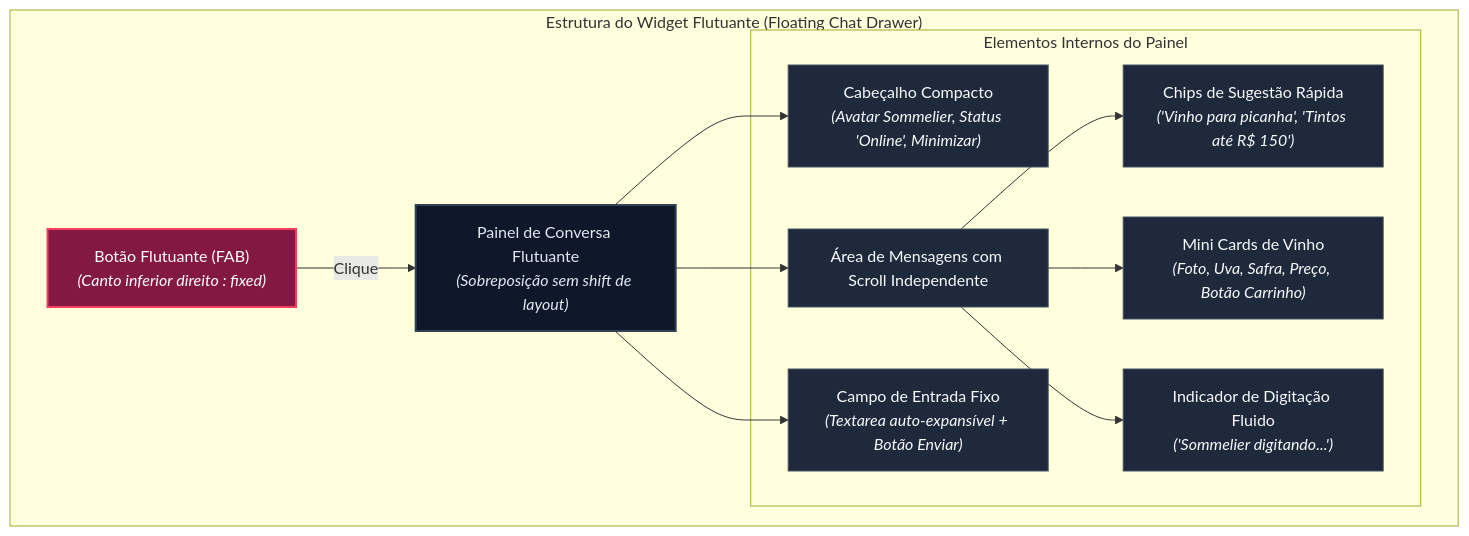
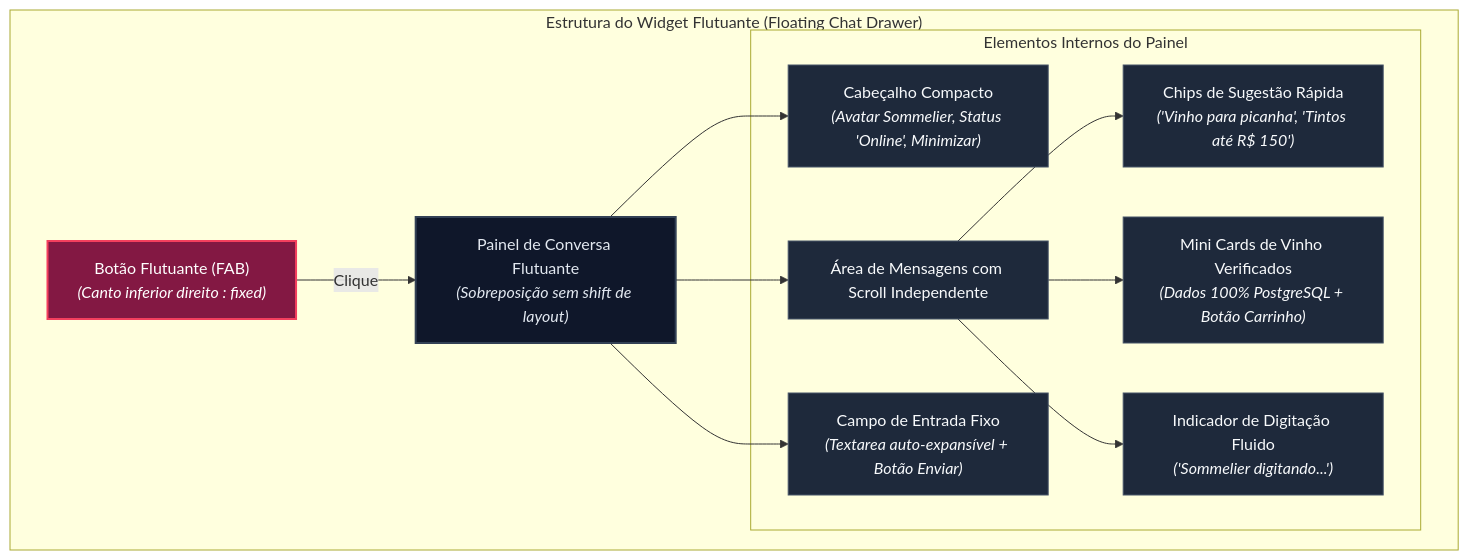
Before and after one commit to JoaoPrestes/origem-vinhos: the third of 4 diagrams in docs/specs/spec09-Chatbot_RAG.md, drawn with Mermaid. The commit also changed other lines of this file, not shown here.

````diff
--- a/docs/specs/spec09-Chatbot_RAG.md
+++ b/docs/specs/spec09-Chatbot_RAG.md
@@ -655,32 +678,32 @@
 ```mermaid
 flowchart TD
     subgraph UI_DRAWER["Estrutura do Widget Flutuante (Floating Chat Drawer)"]
         BTN["Botão Flutuante (FAB)<br><i>(Canto inferior direito : fixed)</i>"]
         DRAWER["Painel de Conversa Flutuante<br><i>(Sobreposição sem shift de layout)</i>"]
         
         subgraph INNER_DRAWER["Elementos Internos do Painel"]
             HDR["Cabeçalho Compacto<br><i>(Avatar Sommelier, Status 'Online', Minimizar)</i>"]
             BODY["Área de Mensagens com Scroll Independente"]
             CHIPS["Chips de Sugestão Rápida<br><i>('Vinho para picanha', 'Tintos até R$ 150')</i>"]
-            CARDS["Mini Cards de Vinho<br><i>(Foto, Uva, Safra, Preço, Botão Carrinho)</i>"]
+            CARDS["Mini Cards de Vinho Verificados<br><i>(Dados 100% PostgreSQL + Botão Carrinho)</i>"]
             TYPING["Indicador de Digitação Fluido<br><i>('Sommelier digitando...')</i>"]
             FOOTER["Campo de Entrada Fixo<br><i>(Textarea auto-expansível + Botão Enviar)</i>"]
         end
     end
 
     BTN -->|Clique| DRAWER
     DRAWER --> HDR
     DRAWER --> BODY
     BODY --> CHIPS
     BODY --> CARDS
     BODY --> TYPING
     DRAWER --> FOOTER
 
     classDef fab fill:#831843,stroke:#f43f5e,stroke-width:2px,color:#ffffff;
     classDef panel fill:#0f172a,stroke:#334155,stroke-width:2px,color:#e2e8f0;
     classDef element fill:#1e293b,stroke:#475569,stroke-width:1px,color:#f8fafc;
 
     class BTN fab;
     class DRAWER panel;
     class HDR,BODY,CHIPS,CARDS,TYPING,FOOTER element;
 ```
````
